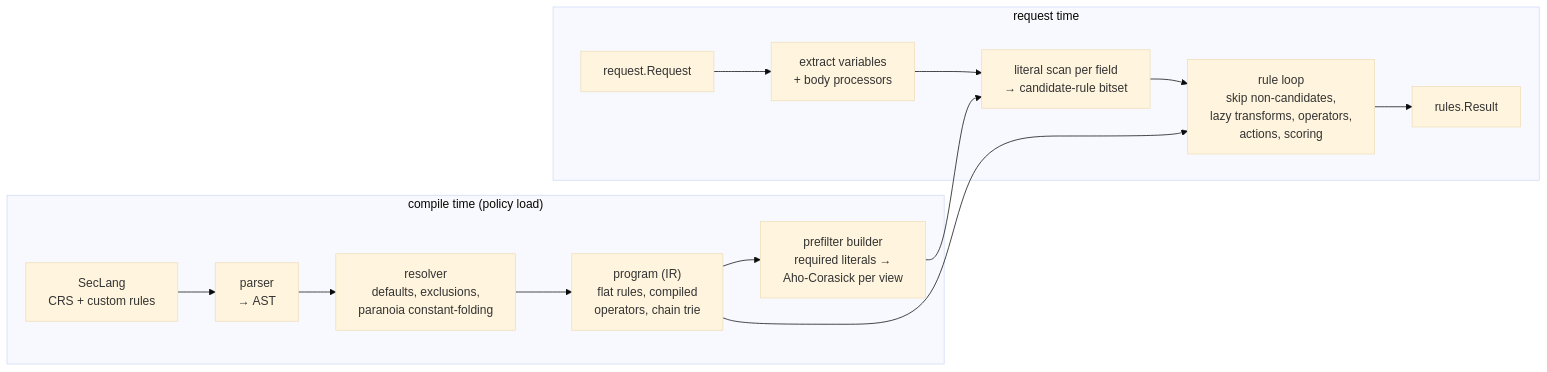
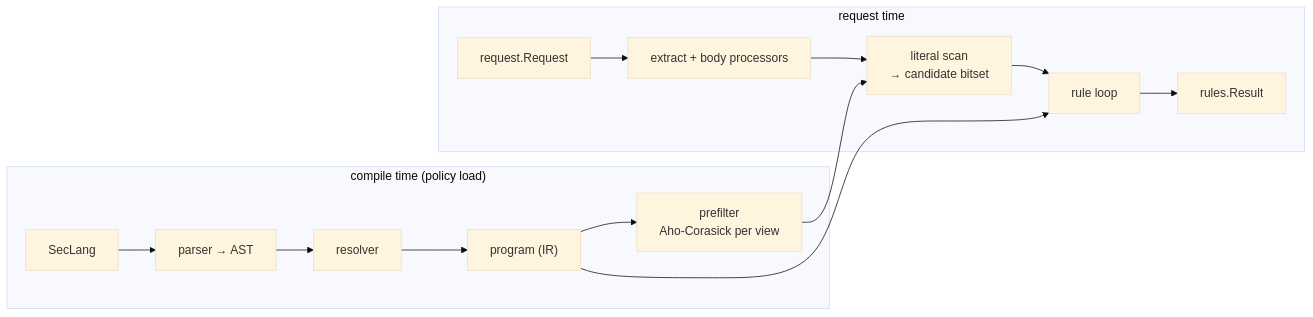
One commit to inkwall-dev/inkwall changed the diagram in docs/design/0007-inkwall-engine.md. Above: the diagram before and after it, drawn with Mermaid (base theme). The commit also changed other lines of this file and 11 other files, not shown here.

````diff
--- a/docs/design/0007-inkwall-engine.md
+++ b/docs/design/0007-inkwall-engine.md
@@ -82,17 +61,11 @@
 ```mermaid
 flowchart LR
     subgraph COMPILE["compile time (policy load)"]
-        SRC["SecLang<br/>CRS + custom rules"] --> PARSE["parser<br/>→ AST"]
-        PARSE --> RES["resolver<br/>defaults, exclusions,<br/>paranoia constant-folding"]
-        RES --> IR["program (IR)<br/>flat rules, compiled<br/>operators, chain trie"]
-        IR --> PF["prefilter builder<br/>required literals →<br/>Aho-Corasick per view"]
+        SRC["SecLang"] --> PARSE["parser → AST"] --> RES["resolver"] --> IR["program (IR)"] --> PF["prefilter<br/>Aho-Corasick per view"]
     end
     subgraph RUN["request time"]
-        REQ["request.Request"] --> EXT["extract variables<br/>+ body processors"]
-        EXT --> SCAN["literal scan per field<br/>→ candidate-rule bitset"]
-        SCAN --> LOOP["rule loop<br/>skip non-candidates,<br/>lazy transforms, operators,<br/>actions, scoring"]
-        LOOP --> RES2["rules.Result"]
+        REQ["request.Request"] --> EXT["extract + body processors"] --> SCAN["literal scan<br/>→ candidate bitset"] --> LOOP["rule loop"] --> OUT["rules.Result"]
     end
     IR --> LOOP
     PF --> SCAN
 ```
````
